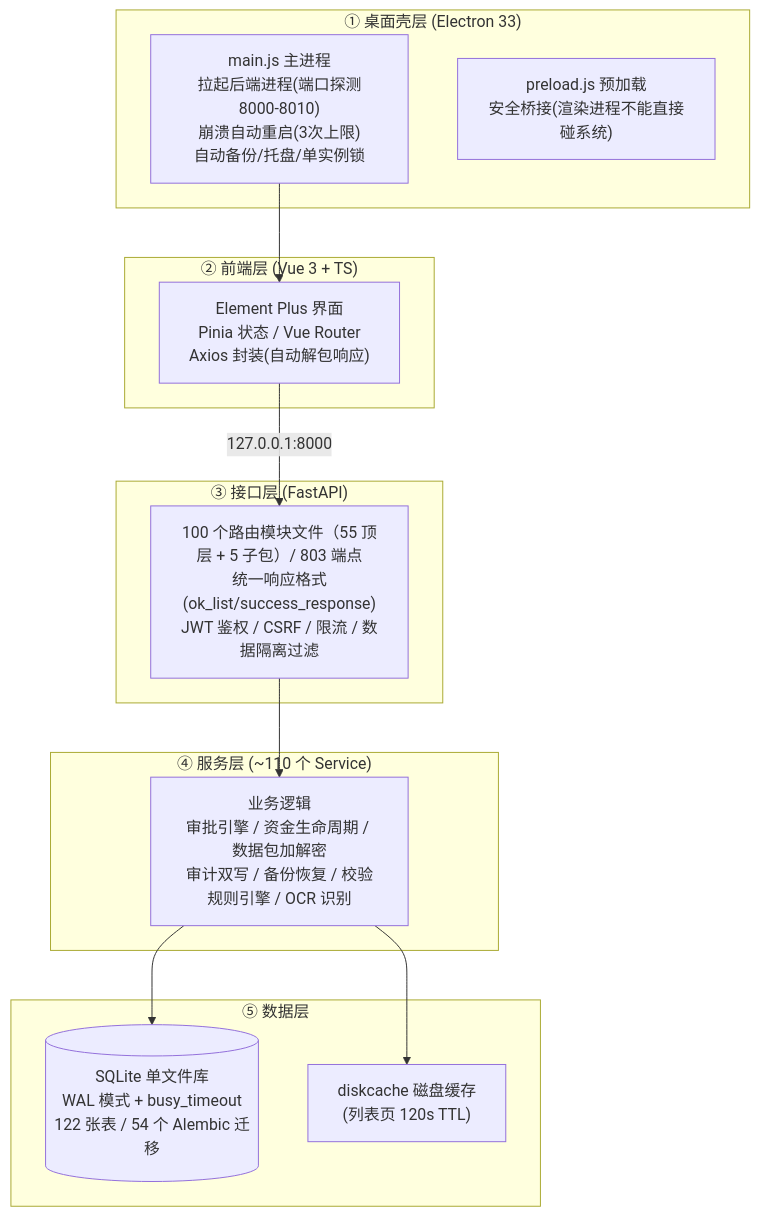
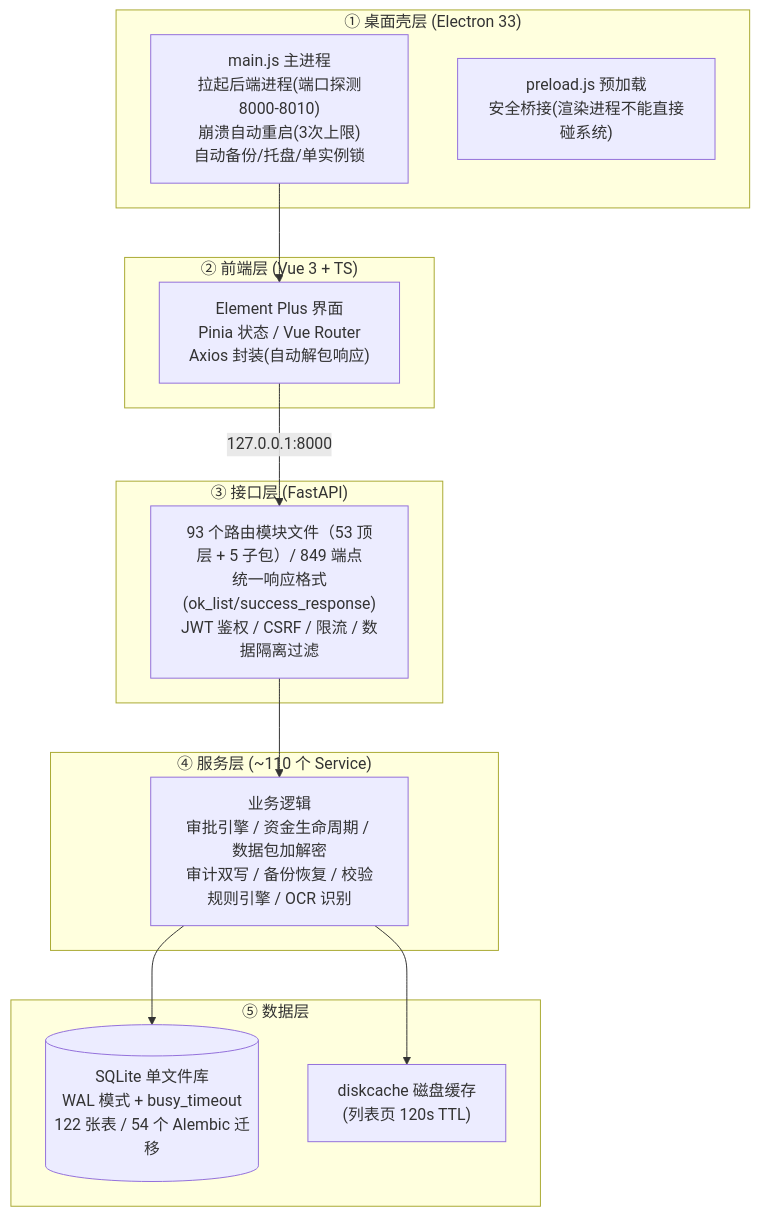
One commit to lzh745200/MRRS changed the diagram in docs/03-开发文档/01-架构设计/系统架构说明.md. Above: the diagram before and after it, drawn with Mermaid. The commit also changed 7 other files, not shown here.

````diff
--- a/docs/03-开发文档/01-架构设计/系统架构说明.md
+++ b/docs/03-开发文档/01-架构设计/系统架构说明.md
@@ -17,25 +17,25 @@
 ```mermaid
 graph TB
     subgraph L1["① 桌面壳层 (Electron 33)"]
         MAIN["main.js 主进程<br/>拉起后端进程(端口探测8000-8010)<br/>崩溃自动重启(3次上限)<br/>自动备份/托盘/单实例锁"]
         PRE["preload.js 预加载<br/>安全桥接(渲染进程不能直接碰系统)"]
     end
     subgraph L2["② 前端层 (Vue 3 + TS)"]
         FE["Element Plus 界面<br/>Pinia 状态 / Vue Router<br/>Axios 封装(自动解包响应)"]
     end
     subgraph L3["③ 接口层 (FastAPI)"]
-        API["100 个路由模块文件（55 顶层 + 5 子包）/ 803 端点<br/>统一响应格式(ok_list/success_response)<br/>JWT 鉴权 / CSRF / 限流 / 数据隔离过滤"]
+        API["93 个路由模块文件（53 顶层 + 5 子包）/ 849 端点<br/>统一响应格式(ok_list/success_response)<br/>JWT 鉴权 / CSRF / 限流 / 数据隔离过滤"]
     end
     subgraph L4["④ 服务层 (~110 个 Service)"]
         SVC["业务逻辑<br/>审批引擎 / 资金生命周期 / 数据包加解密<br/>审计双写 / 备份恢复 / 校验规则引擎 / OCR 识别"]
     end
     subgraph L5["⑤ 数据层"]
         DB[("SQLite 单文件库<br/>WAL 模式 + busy_timeout<br/>122 张表 / 54 个 Alembic 迁移")]
         CACHE["diskcache 磁盘缓存<br/>(列表页 120s TTL)"]
     end
     MAIN --> FE
     FE -->|"127.0.0.1:8000"| API
     API --> SVC
     SVC --> DB
     SVC --> CACHE
 ```
````
